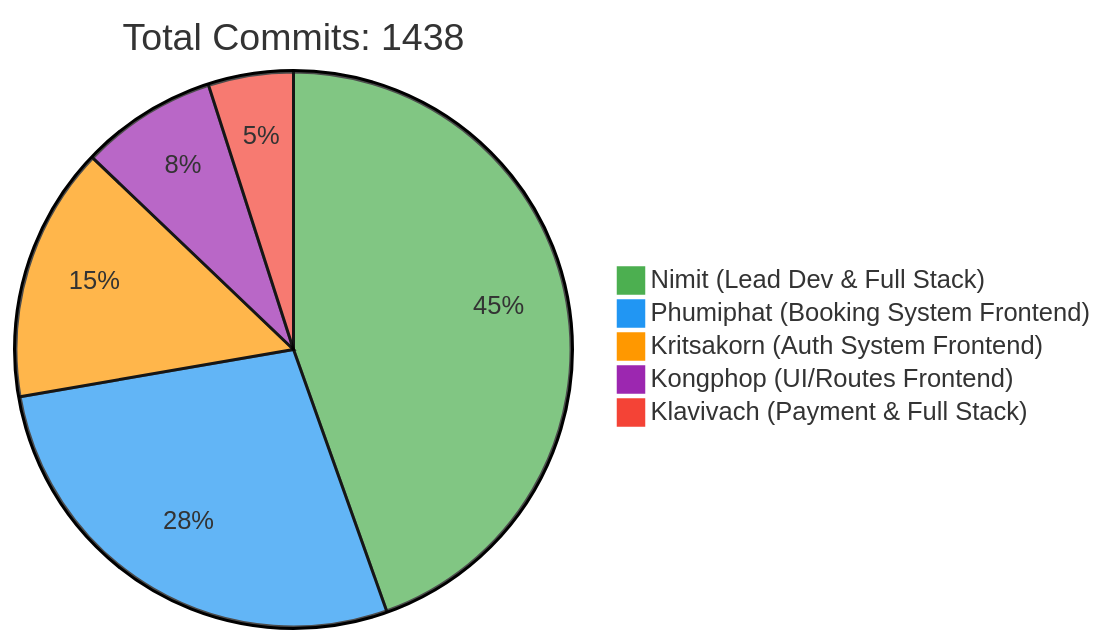
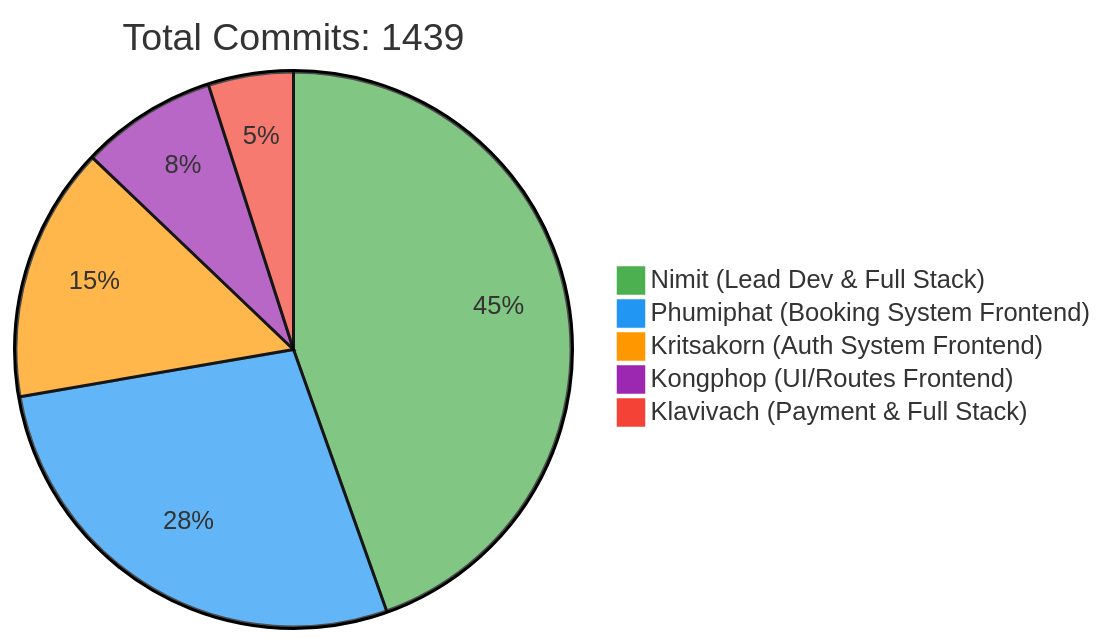
One commit to 6531503042/Sport-Complex changed the first of 2 diagrams in README.md. Above: the diagram before and after it, drawn with Mermaid. The commit also changed other lines of this file, not shown here.

Commit message:
docs: Update contributor statistics [skip ci]

````diff
--- a/README.md
+++ b/README.md
@@ -257,10 +257,10 @@
 ```mermaid
 %%{init: {'theme': 'base', 'themeVariables': { 'pie1': '#4CAF50', 'pie2': '#2196F3', 'pie3': '#FF9800', 'pie4': '#9C27B0', 'pie5': '#F44336'}}}%%
 pie
-    title Total Commits: 1438
+    title Total Commits: 1439
     "Nimit (Lead Dev & Full Stack)" : 450
     "Phumiphat (Booking System Frontend)" : 280
     "Kritsakorn (Auth System Frontend)" : 150
     "Kongphop (UI/Routes Frontend)" : 80
     "Klavivach (Payment & Full Stack)" : 50
 ```
````
